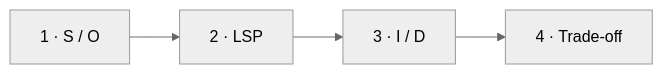
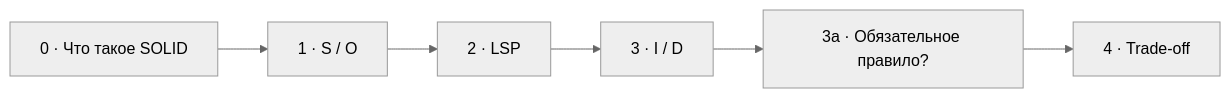
One commit to savinmikhail/php-backend-interview-video changed the diagram in episodes/841862-1payment/visual-plans/29-solid.md. Above: the diagram before and after it, drawn with Mermaid (neutral theme). The commit also changed other lines of this file and 6 other files, not shown here.

````diff
--- a/episodes/841862-1payment/visual-plans/29-solid.md
+++ b/episodes/841862-1payment/visual-plans/29-solid.md
@@ -46,4 +49,4 @@
 ```mermaid
 flowchart LR
-  SO["1 · S / O"] --> L["2 · LSP"] --> ID["3 · I / D"] --> T["4 · Trade-off"]
+  Q["0 · Что такое SOLID"] --> SO["1 · S / O"] --> L["2 · LSP"] --> ID["3 · I / D"] --> R["3a · Обязательное правило?"] --> T["4 · Trade-off"]
 ```
````
